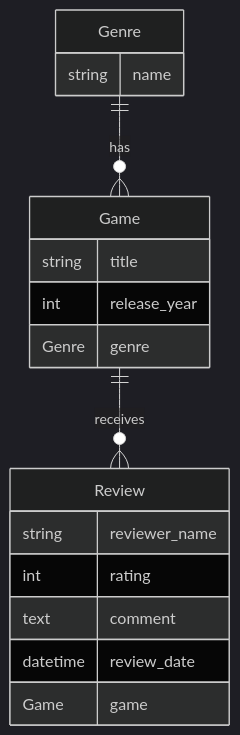
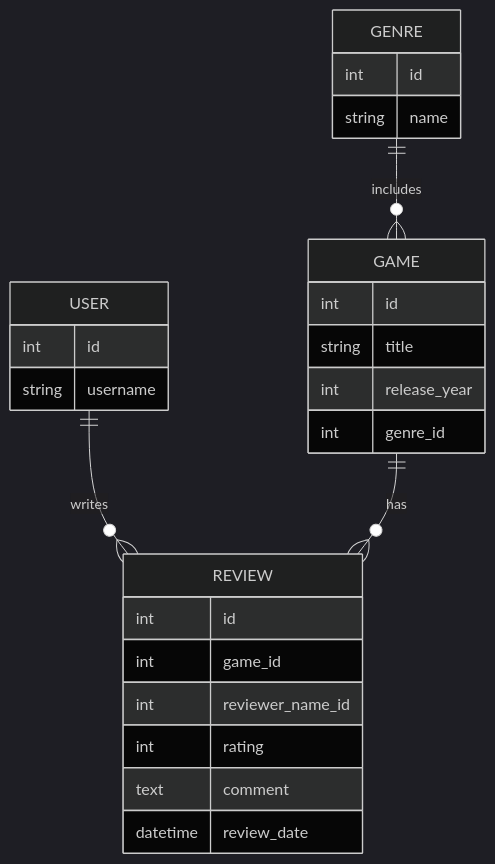
Before and after one commit to KC-85/Joystick_Journalist: the diagram in README.md, drawn with Mermaid (dark theme). The commit also changed other lines of this file, not shown here.

Commit message:
Update Readme to align with this project

````diff
--- a/README.md
+++ b/README.md
@@ -307,20 +307,32 @@
 ```mermaid
 erDiagram
-    Genre ||--o{ Game : has
-    Game ||--o{ Review : receives
-    Genre {
+    USER ||--o{ REVIEW : writes
+    GENRE ||--o{ GAME : includes
+    GAME ||--o{ REVIEW : has
+
+    USER {
+        int id
+        string username
+    }
+
+    GENRE {
+        int id
         string name
     }
-    Game {
+
+    GAME {
+        int id
         string title
         int release_year
-        Genre genre
+        int genre_id
     }
-    Review {
-        string reviewer_name
+
+    REVIEW {
+        int id
+        int game_id
+        int reviewer_name_id
         int rating
         text comment
         datetime review_date
-        Game game
     }
 ```
````
